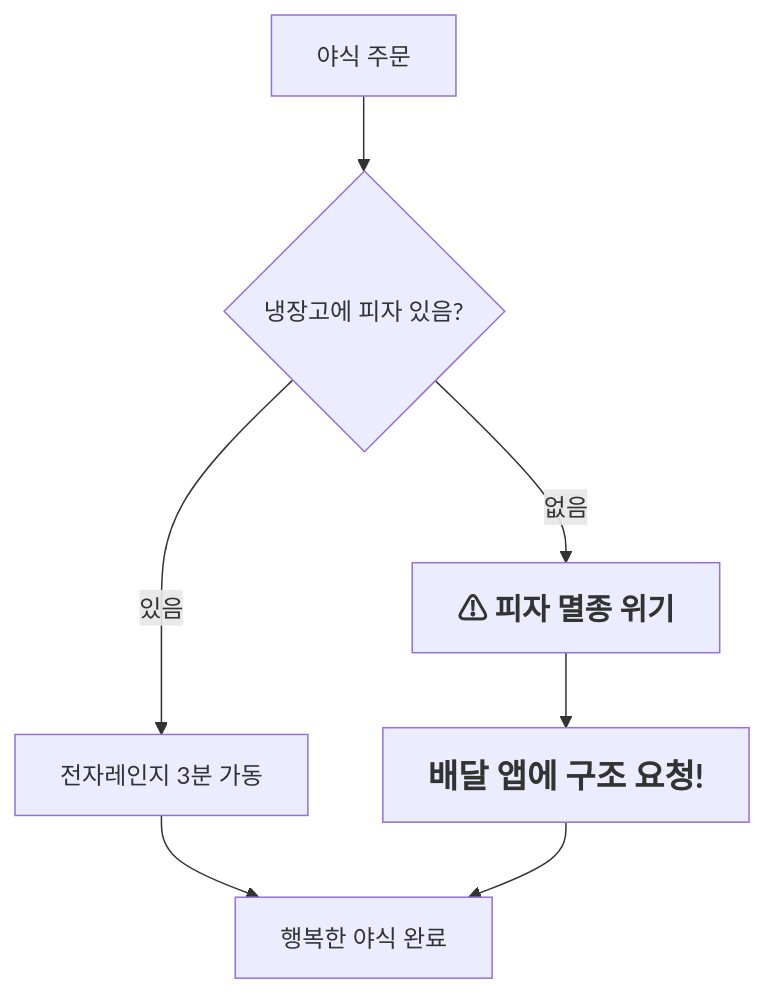
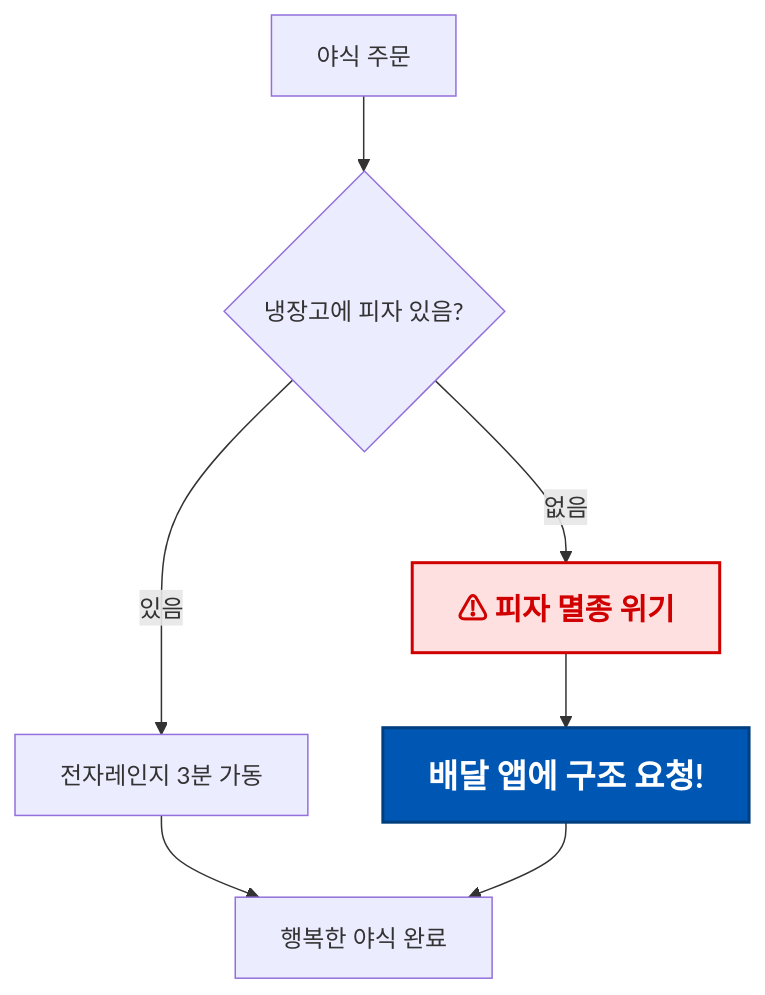
Before and after one commit to kimpro82/MyWebPractice: the first of 6 diagrams in Mermaid/README.md, drawn with Mermaid. The commit also changed other lines of this file and 1 other file, not shown here.

Commit message:
Mermaid: 인라인 스타일을 제거하고 `classDef`를 사용한 노드 스타일링으로 변경

````diff
--- a/Mermaid/README.md
+++ b/Mermaid/README.md
@@ -33,9 +33,15 @@
 ```mermaid
 flowchart TD
     A[야식 주문] --> B{냉장고에 피자 있음?}
     B -->|있음| C[전자레인지 3분 가동]
-    B -->|없음| D["<span style='color:#d00000; font-size:20px; font-weight:bold;'>⚠ 피자 멸종 위기</span>"]
-    D --> E["<span style='color:#0056b3; font-size:22px; font-weight:bold;'>배달 앱에 구조 요청!</span>"]
+    B -->|없음| D["<span style='font-size:20px; font-weight:bold;'>⚠ 피자 멸종 위기</span>"]
+    D --> E["<span style='font-size:22px; font-weight:bold;'>배달 앱에 구조 요청!</span>"]
     C --> F[행복한 야식 완료]
     E --> F
+
+    class D alert
+    class E rescue
+
+    classDef alert fill:#ffe0e0,stroke:#d00000,stroke-width:2px,color:#d00000;
+    classDef rescue fill:#0056b3,stroke:#003f7f,stroke-width:2px,color:#ffffff;
 ```
````
